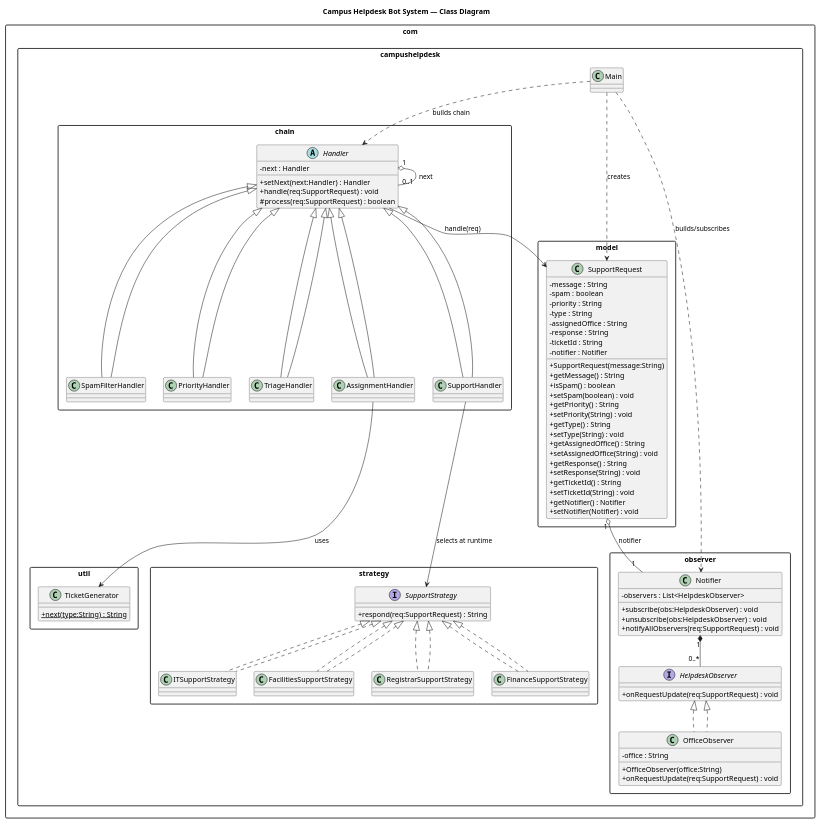
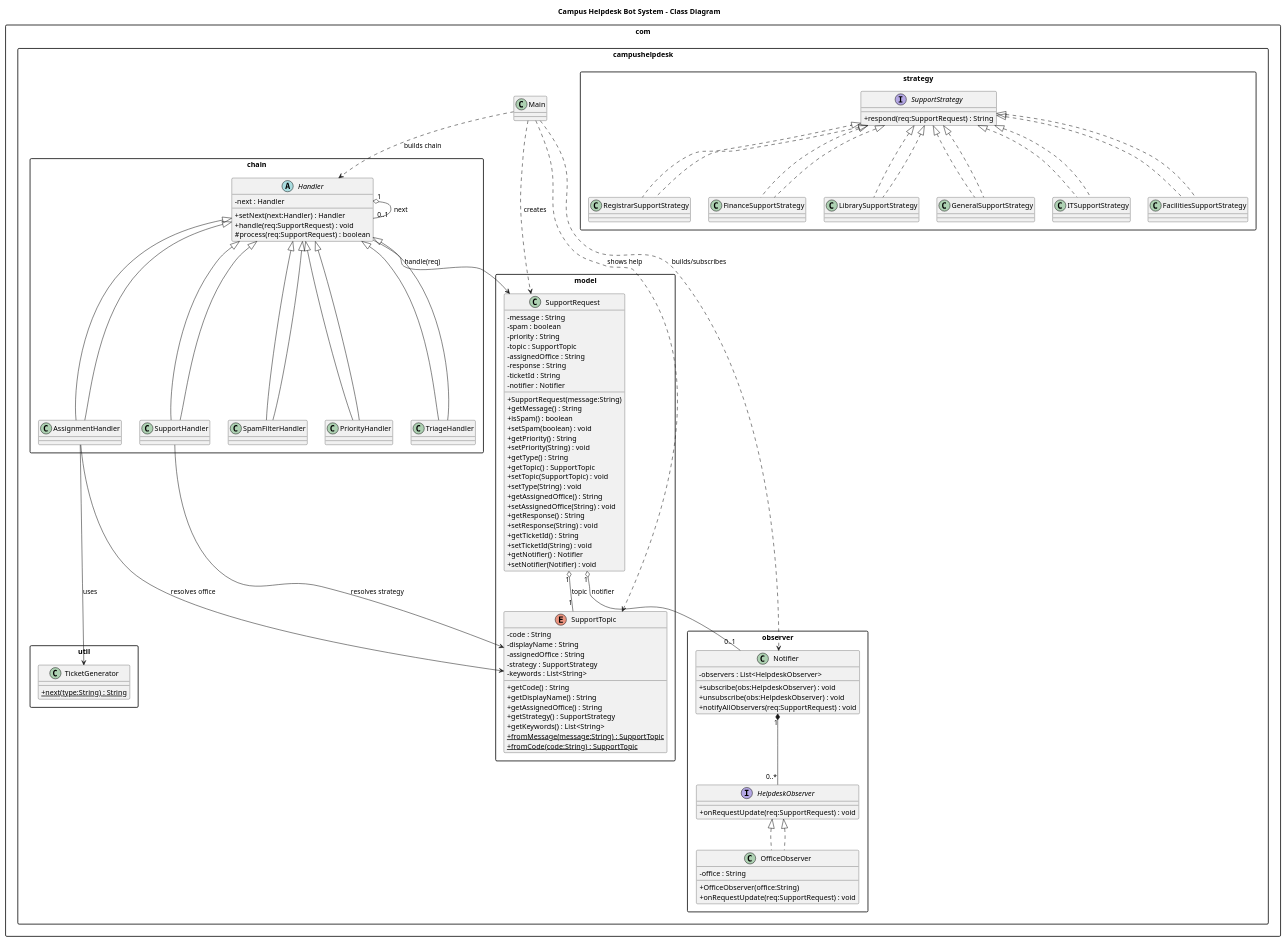
The diagram in campus-helpdesk-class-diagram.puml (CLRKSTVEN/Campus-Helpdesk-Bot-System), drawn with PlantUML before and after one commit. The commit also changed 11 other files, not shown here.

```diff
--- a/campus-helpdesk-class-diagram.puml
+++ b/campus-helpdesk-class-diagram.puml
@@ -1,121 +1,145 @@
 @startuml
-title Campus Helpdesk Bot System — Class Diagram
+title Campus Helpdesk Bot System - Class Diagram
 
 skinparam packageStyle rectangle
 skinparam classAttributeIconSize 0
 
 package "com.campushelpdesk.model" {
   class SupportRequest {
     - message : String
     - spam : boolean
     - priority : String
-    - type : String
+    - topic : SupportTopic
     - assignedOffice : String
     - response : String
     - ticketId : String
     - notifier : Notifier
     + SupportRequest(message:String)
     + getMessage() : String
     + isSpam() : boolean
     + setSpam(boolean) : void
     + getPriority() : String
     + setPriority(String) : void
     + getType() : String
+    + getTopic() : SupportTopic
+    + setTopic(SupportTopic) : void
     + setType(String) : void
     + getAssignedOffice() : String
     + setAssignedOffice(String) : void
     + getResponse() : String
     + setResponse(String) : void
     + getTicketId() : String
     + setTicketId(String) : void
     + getNotifier() : Notifier
     + setNotifier(Notifier) : void
+  }
+
+  enum SupportTopic {
+    - code : String
+    - displayName : String
+    - assignedOffice : String
+    - strategy : SupportStrategy
+    - keywords : List<String>
+    + getCode() : String
+    + getDisplayName() : String
+    + getAssignedOffice() : String
+    + getStrategy() : SupportStrategy
+    + getKeywords() : List<String>
+    {static} + fromMessage(message:String) : SupportTopic
+    {static} + fromCode(code:String) : SupportTopic
   }
 }
 
 package "com.campushelpdesk.chain" {
   abstract class Handler {
     - next : Handler
     + setNext(next:Handler) : Handler
     + handle(req:SupportRequest) : void
     # process(req:SupportRequest) : boolean
   }
 
   class SpamFilterHandler extends Handler
   class PriorityHandler extends Handler
   class TriageHandler extends Handler
   class AssignmentHandler extends Handler
   class SupportHandler extends Handler
 }
 
 package "com.campushelpdesk.strategy" {
   interface SupportStrategy {
     + respond(req:SupportRequest) : String
   }
 
   class ITSupportStrategy implements SupportStrategy
   class FacilitiesSupportStrategy implements SupportStrategy
   class RegistrarSupportStrategy implements SupportStrategy
   class FinanceSupportStrategy implements SupportStrategy
+  class LibrarySupportStrategy implements SupportStrategy
+  class GeneralSupportStrategy implements SupportStrategy
 }
 
 package "com.campushelpdesk.observer" {
   interface HelpdeskObserver {
     + onRequestUpdate(req:SupportRequest) : void
   }
 
   class OfficeObserver implements HelpdeskObserver {
     - office : String
     + OfficeObserver(office:String)
     + onRequestUpdate(req:SupportRequest) : void
   }
 
   class Notifier {
     - observers : List<HelpdeskObserver>
     + subscribe(obs:HelpdeskObserver) : void
     + unsubscribe(obs:HelpdeskObserver) : void
     + notifyAllObservers(req:SupportRequest) : void
   }
 }
 
 package "com.campushelpdesk.util" {
   class TicketGenerator {
     {static} + next(type:String) : String
   }
 }
 
 package "com.campushelpdesk" {
   class Main
 }
 
 ' ==== Relationships ====
 ' Chain of Responsibility
 Handler "1" o- "0..1" Handler : next
 Handler <|-- SpamFilterHandler
 Handler <|-- PriorityHandler
 Handler <|-- TriageHandler
 Handler <|-- AssignmentHandler
 Handler <|-- SupportHandler
 
 ' Strategy
 SupportStrategy <|.. ITSupportStrategy
 SupportStrategy <|.. FacilitiesSupportStrategy
 SupportStrategy <|.. RegistrarSupportStrategy
 SupportStrategy <|.. FinanceSupportStrategy
+SupportStrategy <|.. LibrarySupportStrategy
+SupportStrategy <|.. GeneralSupportStrategy
 
 ' Observer
 HelpdeskObserver <|.. OfficeObserver
 Notifier "1" *-- "0..*" HelpdeskObserver
-SupportRequest "1" o-- "1" Notifier : notifier
+SupportRequest "1" o-- "0..1" Notifier : notifier
 
 ' Assignments & tickets
 AssignmentHandler --> TicketGenerator : uses
-SupportHandler --> SupportStrategy : selects at runtime
+SupportHandler --> SupportTopic : resolves strategy
+AssignmentHandler --> SupportTopic : resolves office
+SupportRequest "1" o-- "1" SupportTopic : topic
 
 ' Data flow
 Handler --> SupportRequest : handle(req)
 Main ..> Notifier : builds/subscribes
 Main ..> Handler : builds chain
 Main ..> SupportRequest : creates
+Main ..> SupportTopic : shows help
 
 @enduml
```
